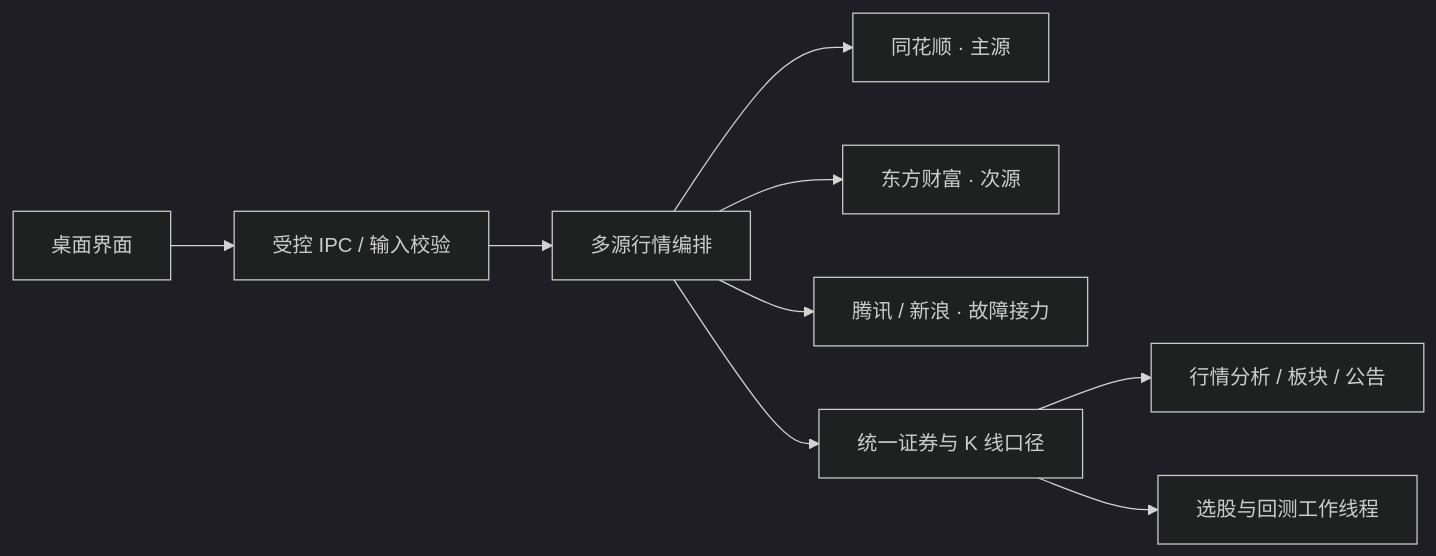
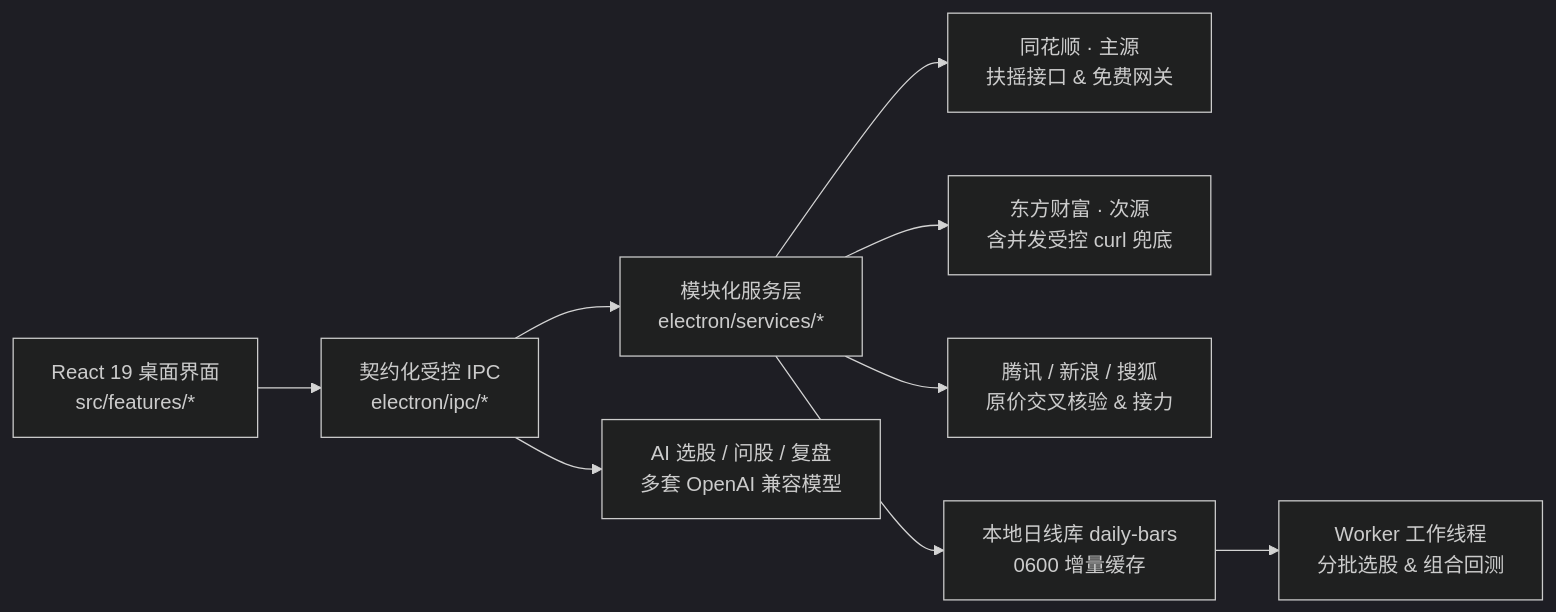
One commit to tlyer666666/a-stock-radar-tader changed the diagram in README.md. Above: the diagram before and after it, drawn with Mermaid (dark theme). The commit also changed other lines of this file and 74 other files, not shown here.

````diff
--- a/README.md
+++ b/README.md
@@ -122,11 +125,11 @@
 ```mermaid
 flowchart LR
-  UI["桌面界面"] --> IPC["受控 IPC / 输入校验"]
-  IPC --> Federation["多源行情编排"]
-  Federation --> THS["同花顺 · 主源"]
-  Federation --> EM["东方财富 · 次源"]
-  Federation --> Public["腾讯 / 新浪 · 故障接力"]
-  Federation --> Normalize["统一证券与 K 线口径"]
-  Normalize --> Analysis["行情分析 / 板块 / 公告"]
-  Normalize --> Worker["选股与回测工作线程"]
+  UI["React 19 桌面界面<br/>src/features/*"] --> IPC["契约化受控 IPC<br/>electron/ipc/*"]
+  IPC --> Svc["模块化服务层<br/>electron/services/*"]
+  Svc --> THS["同花顺 · 主源<br/>扶摇接口 & 免费网关"]
+  Svc --> EM["东方财富 · 次源<br/>含并发受控 curl 兜底"]
+  Svc --> Public["腾讯 / 新浪 / 搜狐<br/>原价交叉核验 & 接力"]
+  Svc --> Bars["本地日线库 daily-bars<br/>0600 增量缓存"]
+  Bars --> Worker["Worker 工作线程<br/>分批选股 & 组合回测"]
+  IPC --> AI["AI 选股 / 问股 / 复盘<br/>多套 OpenAI 兼容模型"]
 ```
````
